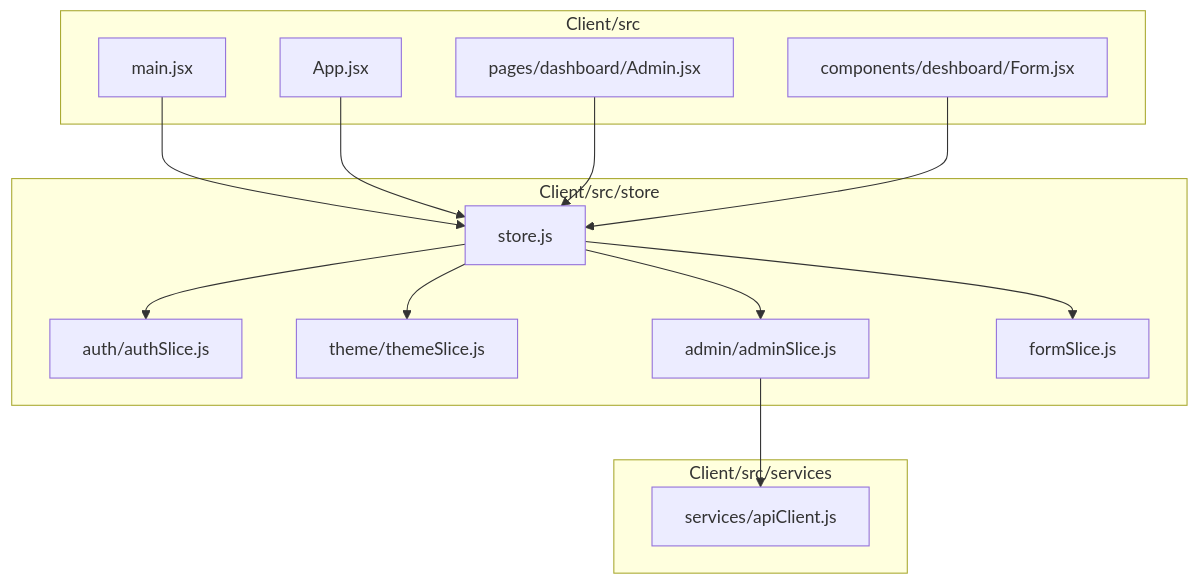
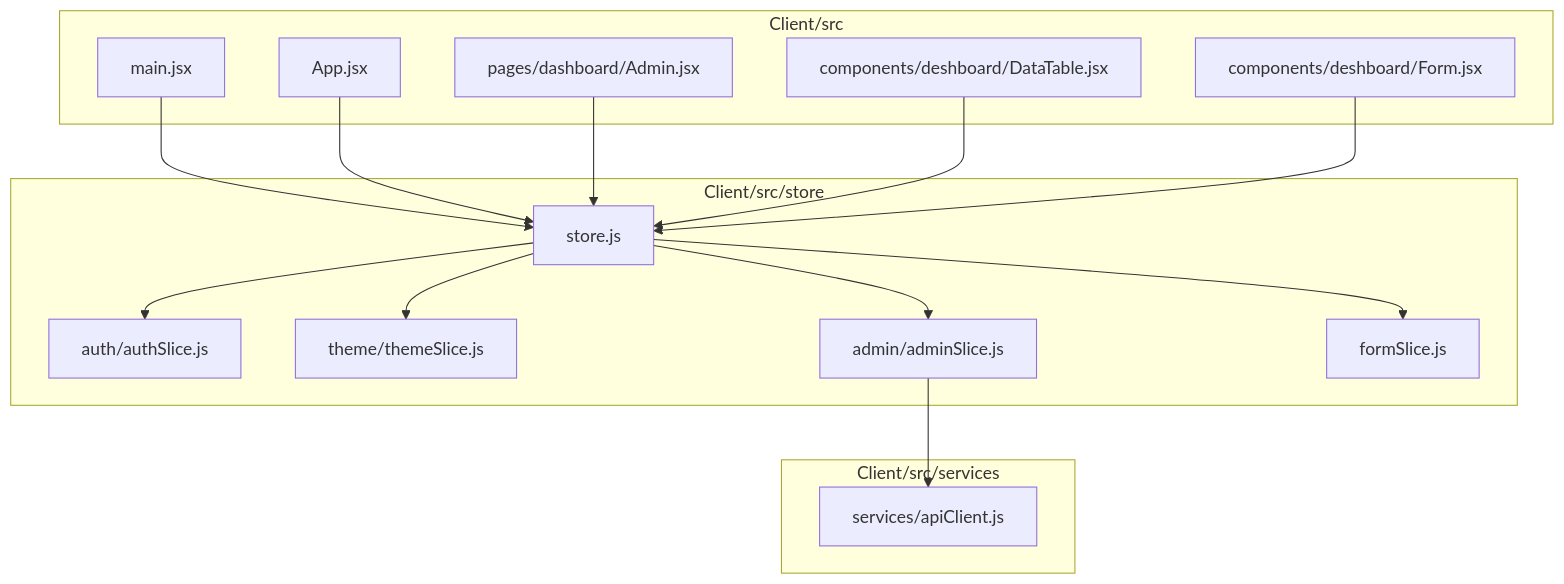
One commit to Aryan9060/Timetable-Project changed the first of 11 diagrams in .qoder/repowiki/en/content/State Management/Redux Store Configuration.md. Above: the diagram before and after it, drawn with Mermaid. The commit also changed other lines of this file and 6 other files, not shown here.

````diff
--- a/.qoder/repowiki/en/content/State Management/Redux Store Configuration.md
+++ b/.qoder/repowiki/en/content/State Management/Redux Store Configuration.md
@@ -51,28 +53,30 @@
 ```mermaid
 graph TB
 subgraph "Client/src/store"
 S["store.js"]
 A["auth/authSlice.js"]
 T["theme/themeSlice.js"]
 AD["admin/adminSlice.js"]
 F["formSlice.js"]
 end
 subgraph "Client/src"
 M["main.jsx"]
 APP["App.jsx"]
 ADMIN["pages/dashboard/Admin.jsx"]
+DATATABLE["components/deshboard/DataTable.jsx"]
 FORM["components/deshboard/Form.jsx"]
 end
 subgraph "Client/src/services"
 API["services/apiClient.js"]
 end
 S --> A
 S --> T
 S --> AD
 S --> F
 M --> S
 APP --> S
 ADMIN --> S
+DATATABLE --> S
 FORM --> S
 AD --> API
 ```
````
